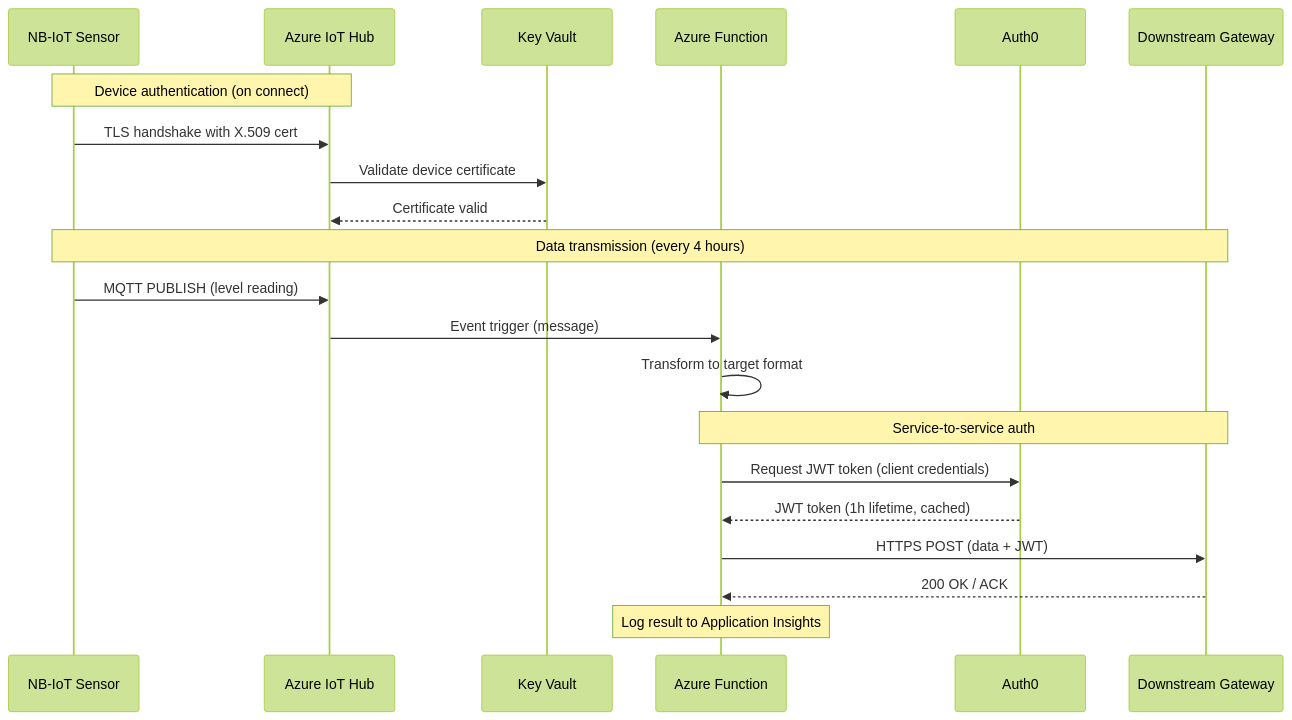
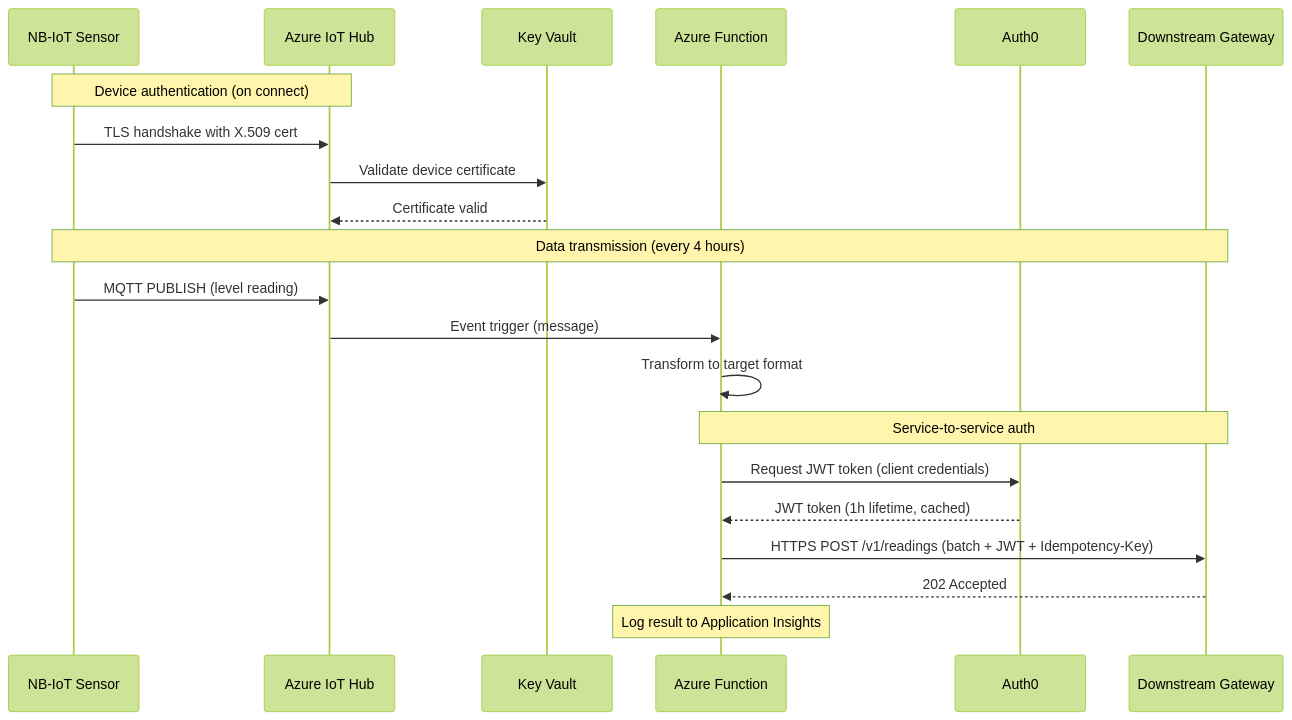
The third of 4 diagrams in docs/architecture.md (asnielsen789/IIoT-platform), drawn with Mermaid (forest theme) before and after one commit. The commit also changed other lines of this file and 21 other files, not shown here.

````diff
--- a/docs/architecture.md
+++ b/docs/architecture.md
@@ -88,28 +88,28 @@
 ```mermaid
 sequenceDiagram
     participant S as NB-IoT Sensor
     participant IH as Azure IoT Hub
     participant KV as Key Vault
     participant AF as Azure Function
     participant A0 as Auth0
     participant GW as Downstream Gateway
 
     Note over S,IH: Device authentication (on connect)
     S->>IH: TLS handshake with X.509 cert
     IH->>KV: Validate device certificate
     KV-->>IH: Certificate valid
 
     Note over S,GW: Data transmission (every 4 hours)
     S->>IH: MQTT PUBLISH (level reading)
     IH->>AF: Event trigger (message)
     AF->>AF: Transform to target format
 
     Note over AF,GW: Service-to-service auth
     AF->>A0: Request JWT token (client credentials)
     A0-->>AF: JWT token (1h lifetime, cached)
 
-    AF->>GW: HTTPS POST (data + JWT)
-    GW-->>AF: 200 OK / ACK
+    AF->>GW: HTTPS POST /v1/readings (batch + JWT + Idempotency-Key)
+    GW-->>AF: 202 Accepted
 
     Note over AF: Log result to Application Insights
 ```
````
